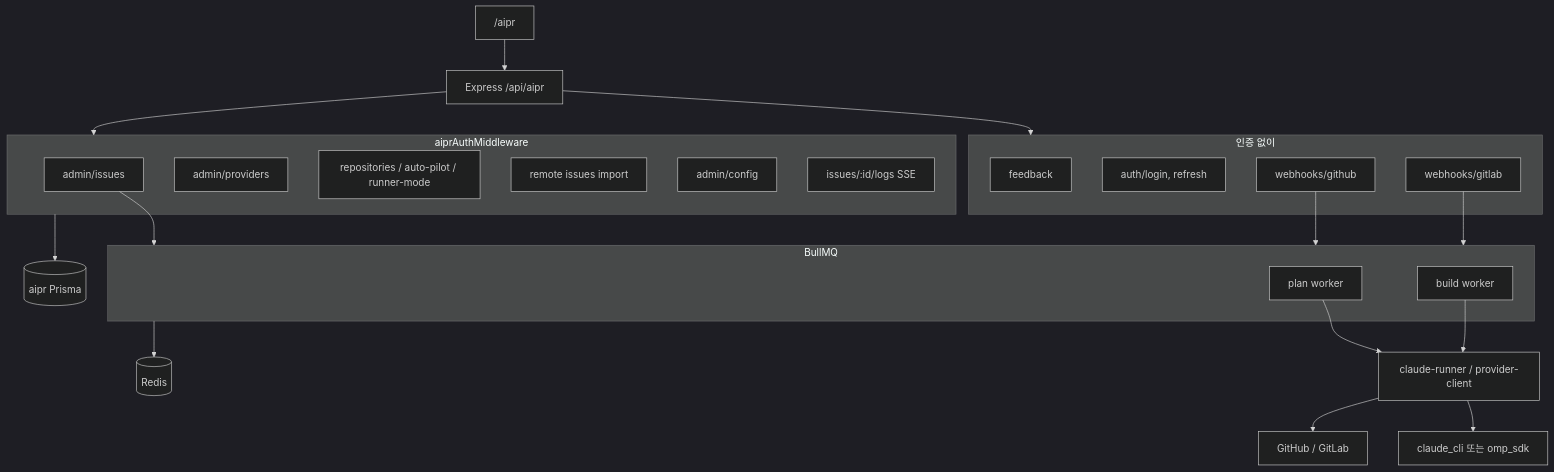
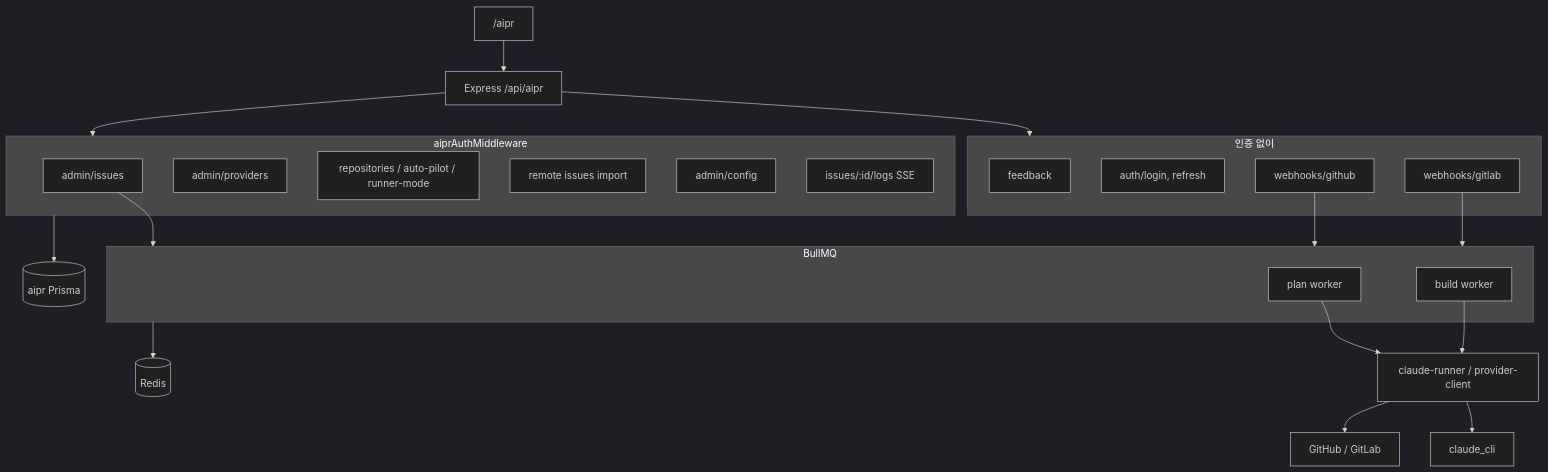
Before and after one commit to minssan9/voyagerss: the fifth of 7 diagrams in meta/docs/architecture.md, drawn with Mermaid (dark theme). The commit also changed other lines of this file and 13 other files, not shown here.

Commit message:
Drop the local OMP agent so AIPR only runs through claude_cli.

````diff
--- a/meta/docs/architecture.md
+++ b/meta/docs/architecture.md
@@ -174,39 +174,39 @@
 ```mermaid
 flowchart TB
   ui["/aipr"] --> router["Express /api/aipr"]
 
   subgraph public [인증 없이]
     fb[feedback]
     login[auth/login, refresh]
     gh[webhooks/github]
     gl[webhooks/gitlab]
   end
 
   subgraph admin [aiprAuthMiddleware]
     issues[admin/issues]
     providers[admin/providers]
     repos[repositories / auto-pilot / runner-mode]
     gitissues[remote issues import]
     config[admin/config]
     logs["issues/:id/logs SSE"]
   end
 
   router --> public
   router --> admin
 
   gh --> queues
   gl --> queues
   issues --> queues
 
   subgraph queues [BullMQ]
     plan[plan worker]
     build[build worker]
   end
 
   plan --> runner[claude-runner / provider-client]
   build --> runner
-  runner --> agents["claude_cli 또는 omp_sdk"]
+  runner --> agents[claude_cli]
   runner --> git["GitHub / GitLab"]
   admin --> db[(aipr Prisma)]
   queues --> redis[(Redis)]
 ```
````
